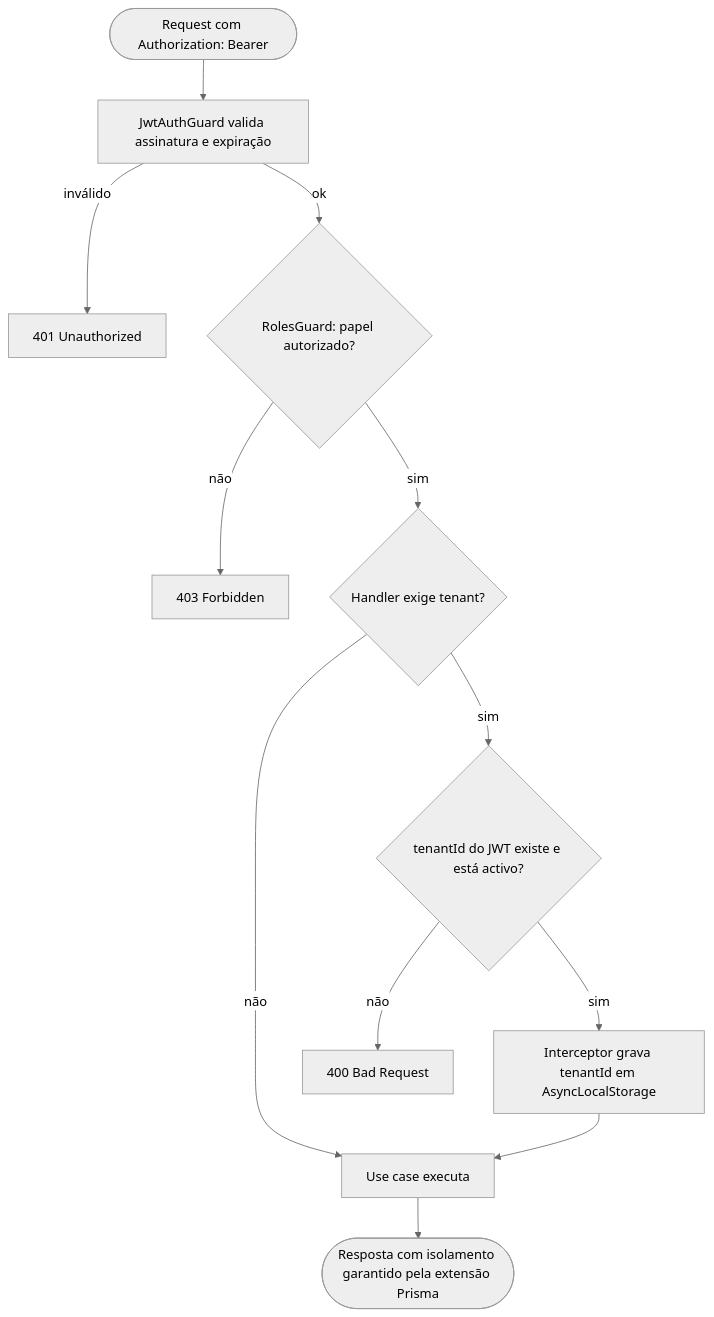
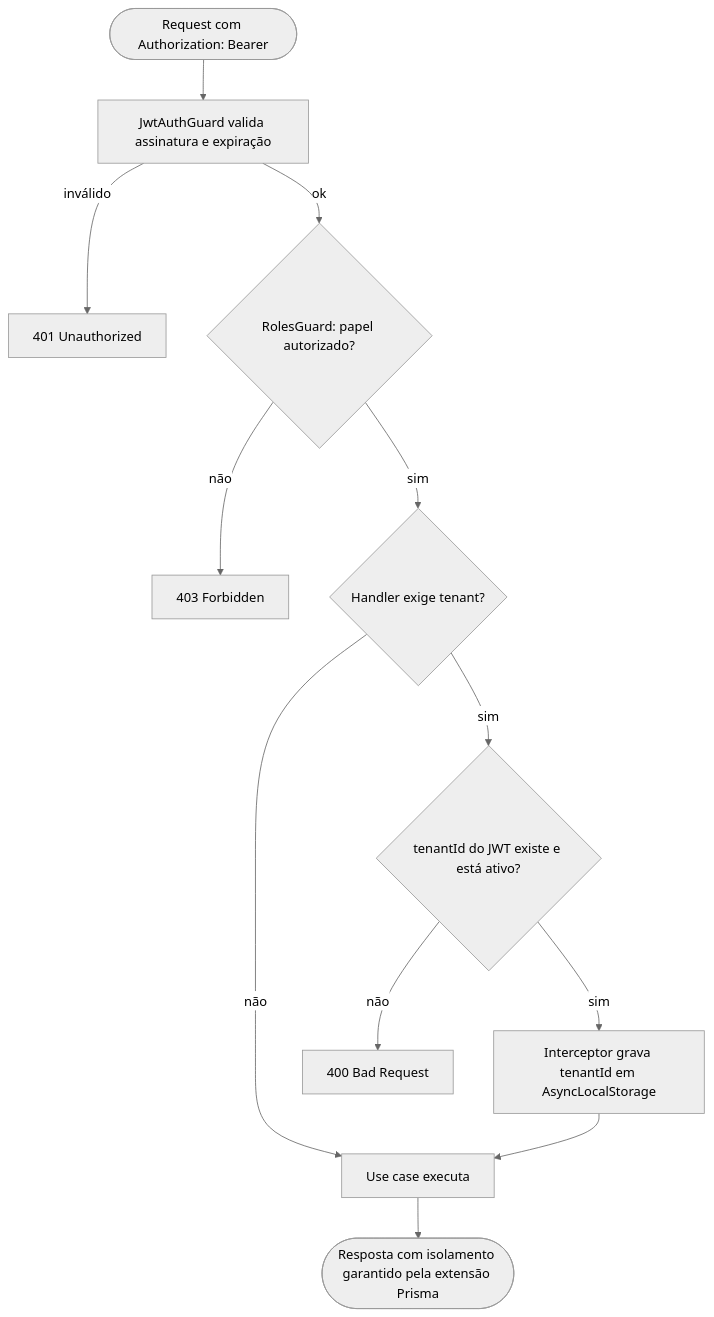
Before and after one commit to AndreXime/deploy-talent: the first of 13 diagrams in FLUXOS.md, drawn with Mermaid (neutral theme). The commit also changed other lines of this file and 50 other files, not shown here.

````diff
--- a/FLUXOS.md
+++ b/FLUXOS.md
@@ -15,14 +15,14 @@
 ```mermaid
 flowchart TD
     req([Request com Authorization: Bearer]) --> jwt[JwtAuthGuard valida assinatura e expiração]
     jwt -- inválido --> err401[401 Unauthorized]
     jwt -- ok --> roles{RolesGuard: papel autorizado?}
     roles -- não --> err403[403 Forbidden]
     roles -- sim --> tenantReq{Handler exige tenant?}
     tenantReq -- não --> handler[Use case executa]
-    tenantReq -- sim --> tenantCheck{tenantId do JWT existe e está activo?}
+    tenantReq -- sim --> tenantCheck{tenantId do JWT existe e está ativo?}
     tenantCheck -- não --> err400[400 Bad Request]
     tenantCheck -- sim --> als[Interceptor grava tenantId em AsyncLocalStorage]
     als --> handler
     handler --> resp([Resposta com isolamento garantido pela extensão Prisma])
 ```
````
